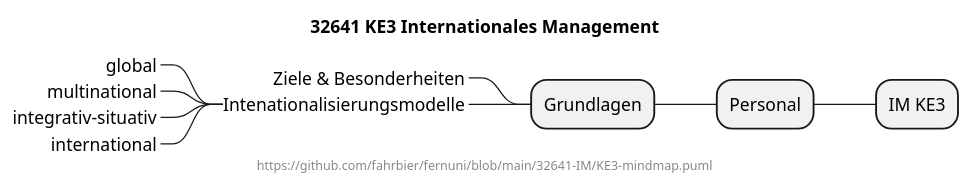
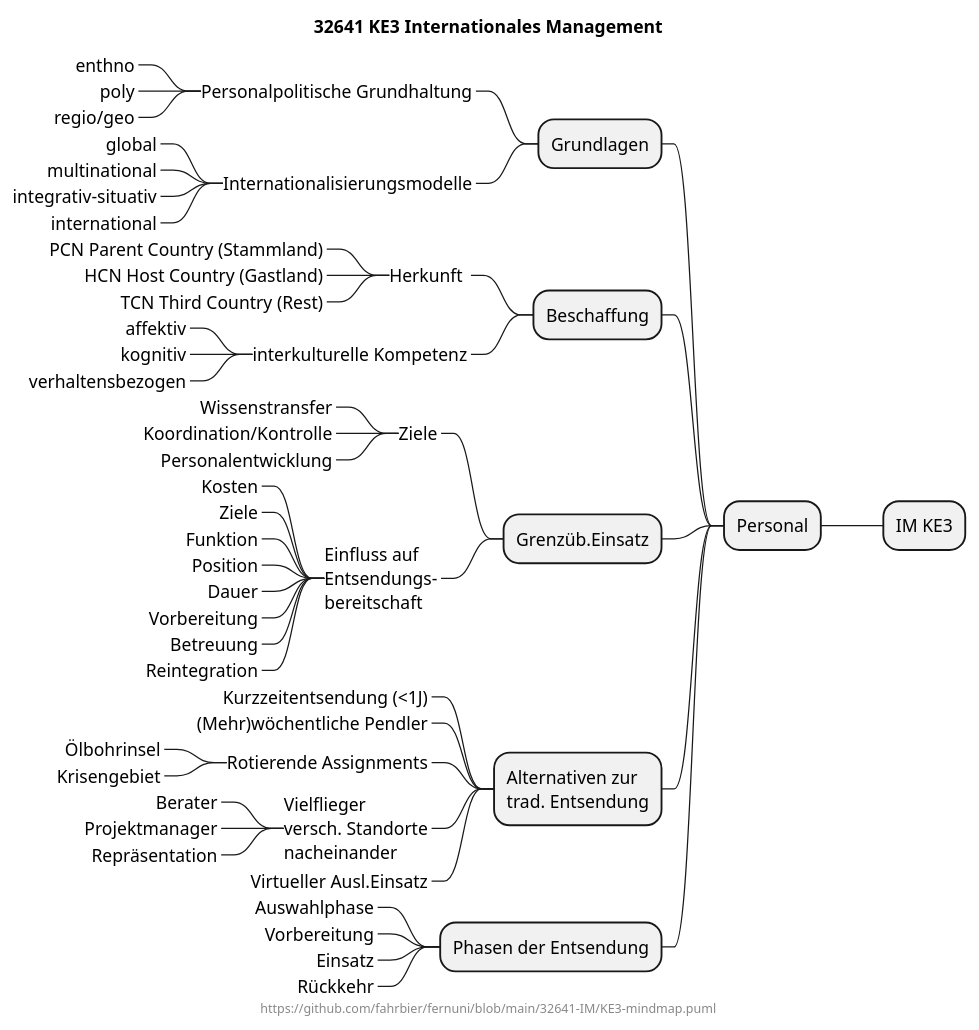
Before and after one commit to fahrbier/fernuni: the diagram in 32641-IM/KE3-mindmap.puml, drawn with PlantUML.

```diff
--- a/32641-IM/KE3-mindmap.puml
+++ b/32641-IM/KE3-mindmap.puml
@@ -1,15 +1,64 @@
 @startmindmap
 title 32641 KE3 Internationales Management
 center footer https://github.com/fahrbier/fernuni/blob/main/32641-IM/KE3-mindmap.puml
 
 + IM KE3
 -- Personal
 --- Grundlagen
-----_ Ziele & Besonderheiten
-----_ Intenationalisierungsmodelle
+----_ Personalpolitische Grundhaltung
+-----_ enthno
+-----_ poly
+-----_ regio/geo
+----_ Internationalisierungsmodelle
 -----_ global
 -----_ multinational
 -----_ integrativ-situativ
 -----_ international
 
+--- Beschaffung
+----_ Herkunft 
+-----_ PCN Parent Country (Stammland)
+-----_ HCN Host Country (Gastland)
+-----_ TCN Third Country (Rest)
+
+----_ interkulturelle Kompetenz
+-----_ affektiv
+-----_ kognitiv
+-----_ verhaltensbezogen
+
+--- Grenzüb.Einsatz
+----_ Ziele
+-----_ Wissenstransfer
+-----_ Koordination/Kontrolle
+-----_ Personalentwicklung
+
+----_ Einfluss auf\nEntsendungs-\nbereitschaft
+-----_ Kosten
+-----_ Ziele
+-----_ Funktion
+-----_ Position
+-----_ Dauer
+-----_ Vorbereitung
+-----_ Betreuung
+-----_ Reintegration
+
+--- Alternativen zur\ntrad. Entsendung
+----_ Kurzzeitentsendung (<1J)
+----_ (Mehr)wöchentliche Pendler
+----_ Rotierende Assignments
+-----_ Ölbohrinsel
+-----_ Krisengebiet
+----_ Vielflieger\nversch. Standorte\nnacheinander
+-----_  Berater
+-----_  Projektmanager
+-----_  Repräsentation
+----_ Virtueller Ausl.Einsatz
+
+--- Phasen der Entsendung
+----_ Auswahlphase
+----_ Vorbereitung
+----_ Einsatz
+----_ Rückkehr
+
+
 @endmindmap
```
